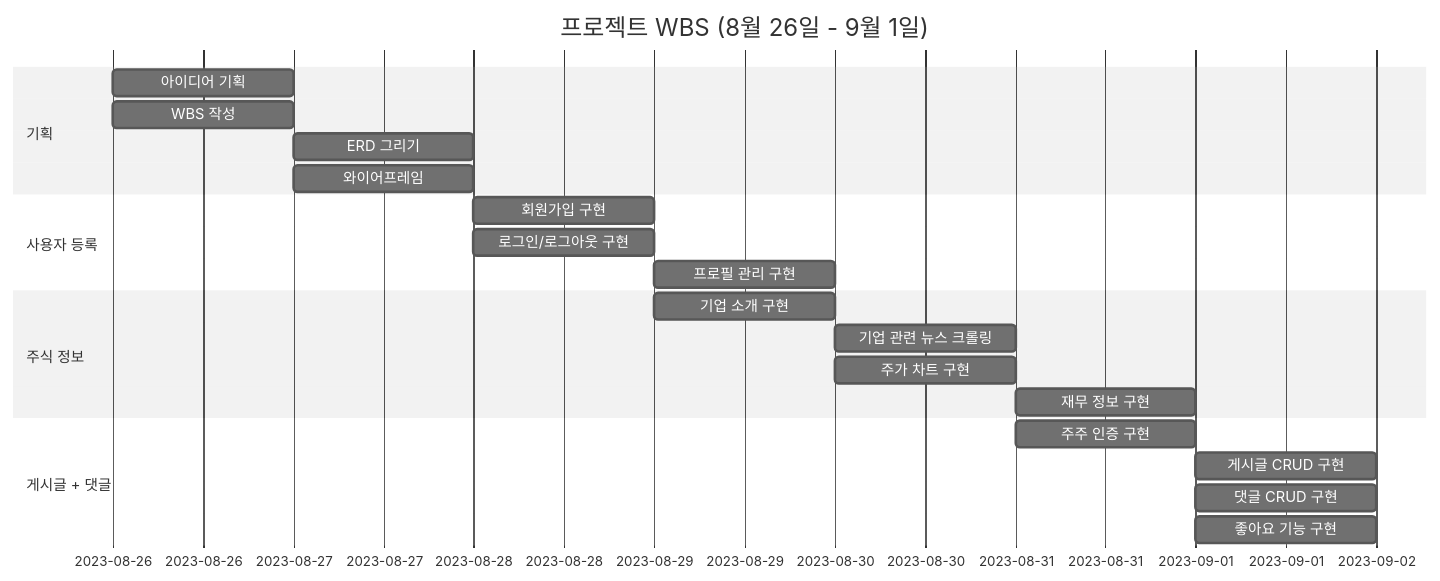
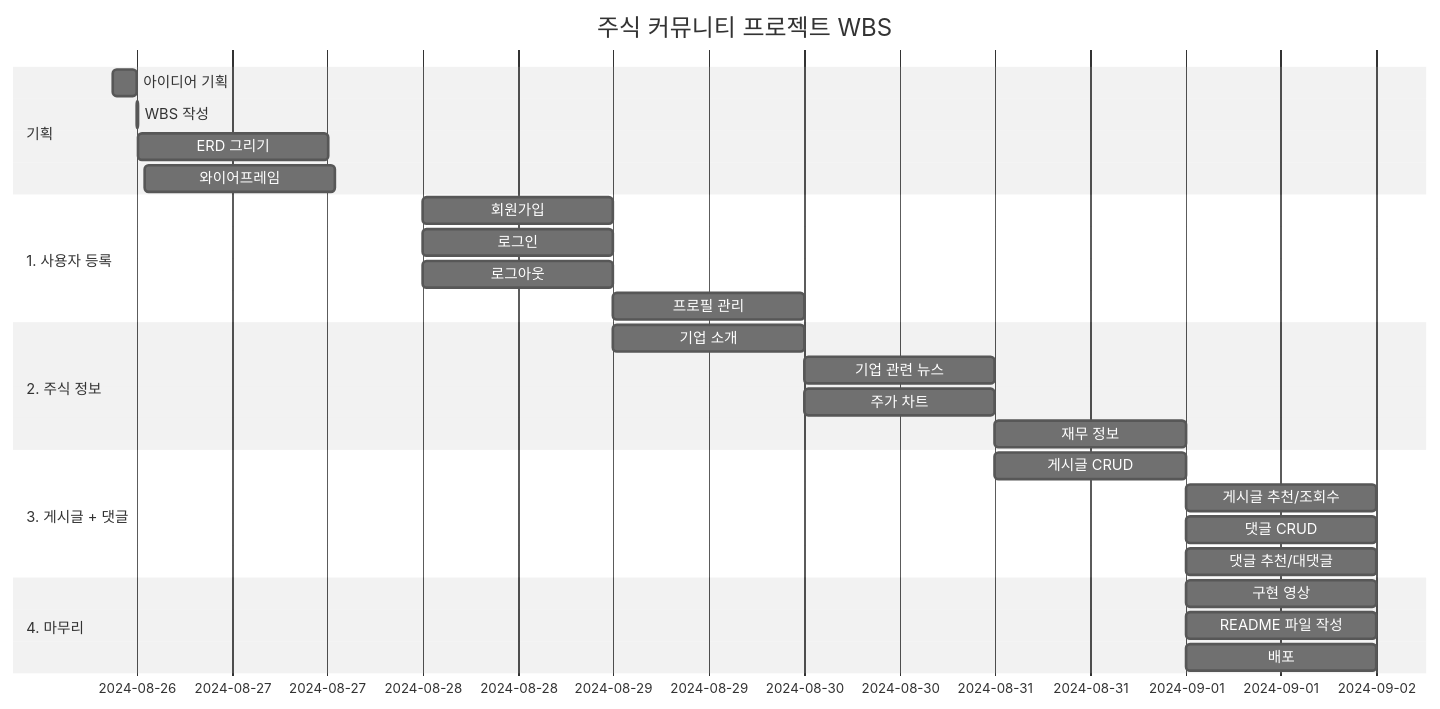
Before and after one commit to Donggyu-Kim1/stalk: the first of 2 diagrams in README.md, drawn with Mermaid (neutral theme). The commit also changed other lines of this file and 22 other files, not shown here.

Commit message:
프로젝트 구조 수정, 주주인증 기능 삭제, WBS 작성

````diff
--- a/README.md
+++ b/README.md
@@ -177,24 +189,34 @@
 ```mermaid
 gantt
-    title 프로젝트 WBS (8월 26일 - 9월 1일)
-    dateFormat  YYYY-MM-DD
+    title 주식 커뮤니티 프로젝트 WBS
+    dateFormat  YYYY-MM-DD HH:mm
+
     section 기획
-    아이디어 기획 :2023-08-26, 1d
-    WBS 작성 :2023-08-26, 1d
-    ERD 그리기 :2023-08-27, 1d
-    와이어프레임 :2023-08-27, 1d
-    section 사용자 등록
-    회원가입 구현 :2023-08-28, 1d
-    로그인/로그아웃 구현 :2023-08-28, 1d
-    프로필 관리 구현 :2023-08-29, 1d
-    section 주식 정보
-    기업 소개 구현 :2023-08-29, 1d
-    기업 관련 뉴스 크롤링 :2023-08-30, 1d
-    주가 차트 구현 :2023-08-30, 1d
-    재무 정보 구현 :2023-08-31, 1d
-    section 게시글 + 댓글
-    주주 인증 구현 :2023-08-31, 1d
-    게시글 CRUD 구현 :2023-09-01, 1d
-    댓글 CRUD 구현 :2023-09-01, 1d
-    좋아요 기능 구현 :2023-09-01, 1d
+    아이디어 기획      :2024-08-26 09:00, 3h
+    WBS 작성          :2024-08-26 12:00, 10m
+    ERD 그리기         :2024-08-26 12:10, 1d
+    와이어프레임        :2024-08-26 13:00, 1d
+
+    section 1. 사용자 등록
+    회원가입           :2024-08-28, 1d
+    로그인             :2024-08-28, 1d
+    로그아웃           :2024-08-28, 1d
+    프로필 관리         :2024-08-29, 1d
+
+    section 2. 주식 정보
+    기업 소개          :2024-08-29, 1d
+    기업 관련 뉴스      :2024-08-30, 1d
+    주가 차트          :2024-08-30, 1d
+    재무 정보          :2024-08-31, 1d
+
+    section 3. 게시글 + 댓글
+    게시글 CRUD        :2024-08-31, 1d
+    게시글 추천/조회수   :2024-09-01, 1d
+    댓글 CRUD          :2024-09-01, 1d
+    댓글 추천/대댓글     :2024-09-01, 1d
+
+    section 4. 마무리
+    구현 영상          :2024-09-01, 1d
+    README 파일 작성   :2024-09-01, 1d
+    배포              :2024-09-01, 1d
 ```
````
